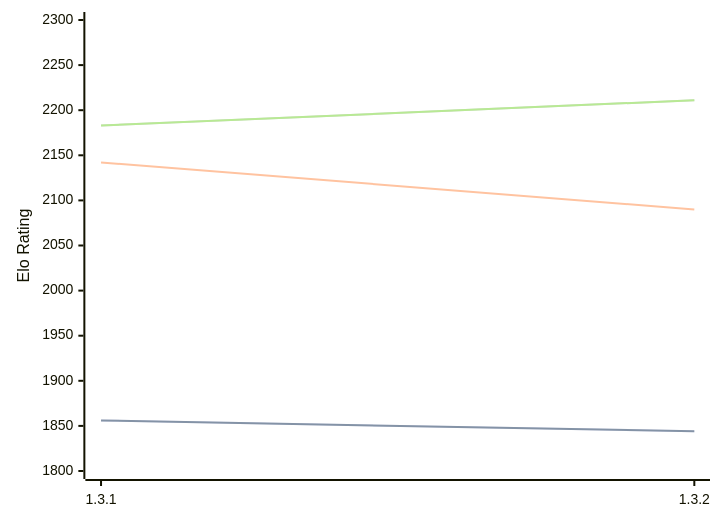
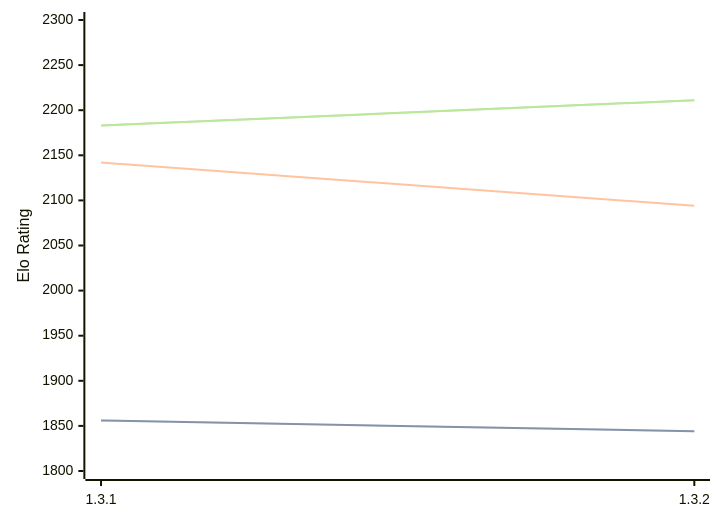
Before and after one commit to computer-chess-index/cci: the diagram in engines/Zugblitz.md, drawn with Mermaid. The commit also changed other lines of this file, not shown here.

````diff
--- a/engines/Zugblitz.md
+++ b/engines/Zugblitz.md
@@ -32,11 +32,11 @@
 ```mermaid
 %%{init: {"theme":"base","themeVariables":{"seriesColors:['#a3a3a3','#222221','#faa371']}}}%%
 xychart-beta
   x-axis ["1.3.1", "1.3.2"]
   y-axis "Elo Rating" 1800 --> 2300
   line "STC (8.0+0.08s)" [1856, 1844]
   line "STC (8.0+0.08s)" [1856, 1844]
-  line "LTC (60.0+0.60s)" [2142, 2090]
+  line "LTC (60.0+0.60s)" [2142, 2094]
   line "VLTC (2m24s+1.12s)" [2183, 2211]
   line "VLTC (2m24s+1.12s)" [2183, 2211]
 ```
````
